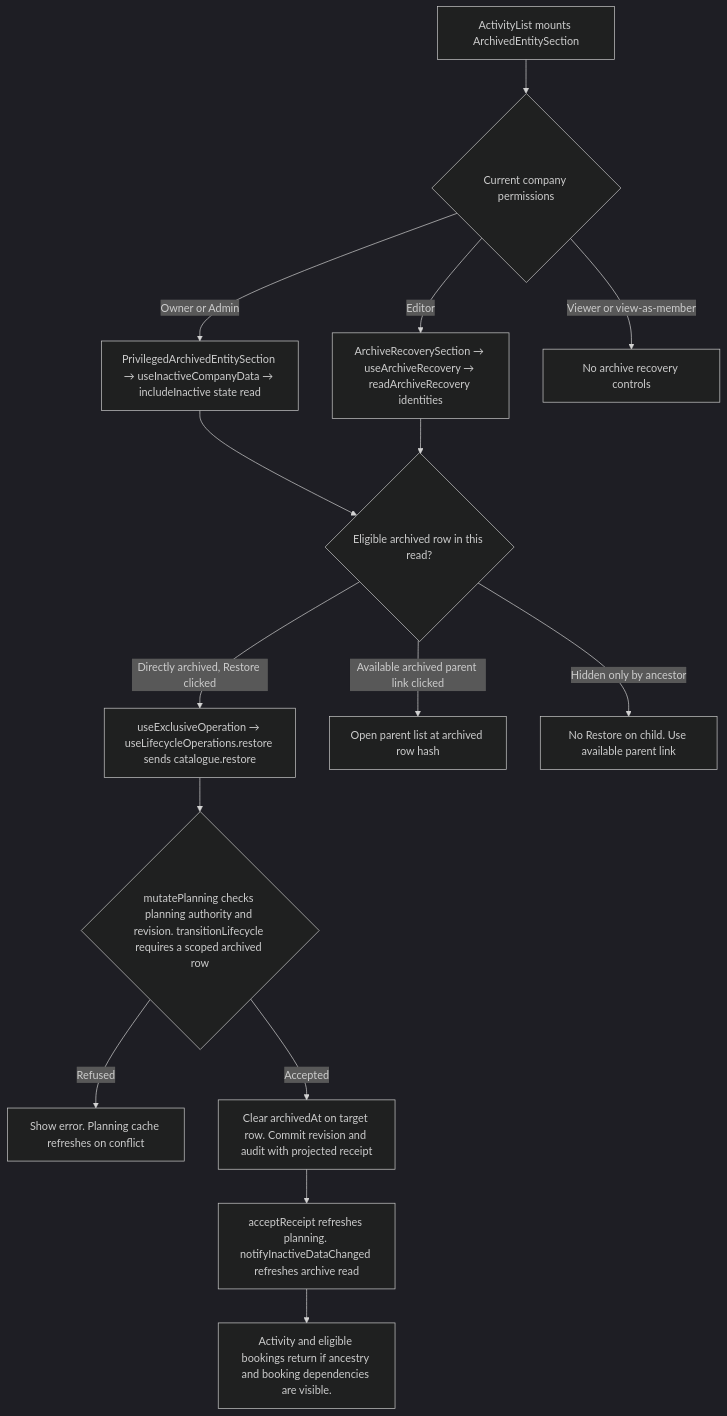
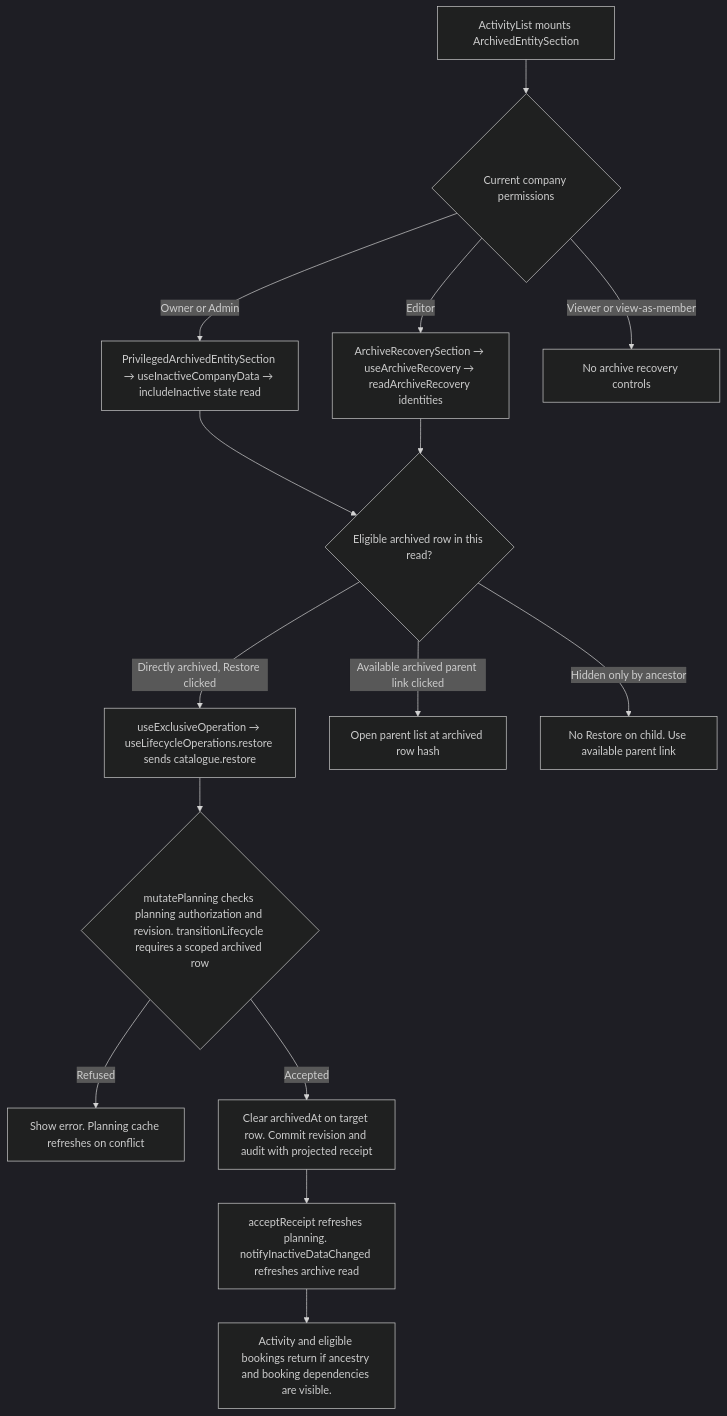
The second of 2 diagrams in user-stories/activities/US-ACT-05-restore-activity.md (Kevinjohn/capacitylens), drawn with Mermaid (dark theme) before and after one commit. The commit also changed 28 other files, not shown here.

````diff
--- a/user-stories/activities/US-ACT-05-restore-activity.md
+++ b/user-stories/activities/US-ACT-05-restore-activity.md
@@ -26,17 +26,17 @@
 ```mermaid
 flowchart TD
   ENTRY["ActivityList mounts ArchivedEntitySection"] --> ROLE{"Current company permissions"}
   ROLE -->|Owner or Admin| FULL["PrivilegedArchivedEntitySection → useInactiveCompanyData → includeInactive state read"]
   ROLE -->|Editor| REDACTED["ArchiveRecoverySection → useArchiveRecovery → readArchiveRecovery identities"]
   ROLE -->|Viewer or view-as-member| HIDDEN["No archive recovery controls"]
   FULL --> ROW{"Eligible archived row in this read?"}
   REDACTED --> ROW
   ROW -->|Directly archived, Restore clicked| SEND["useExclusiveOperation → useLifecycleOperations.restore sends catalogue.restore"]
   ROW -->|Available archived parent link clicked| PARENT["Open parent list at archived row hash"]
   ROW -->|Hidden only by ancestor| ANCESTOR["No Restore on child. Use available parent link"]
-  SEND --> SERVER{"mutatePlanning checks planning authority and revision. transitionLifecycle requires a scoped archived row"}
+  SEND --> SERVER{"mutatePlanning checks planning authorization and revision. transitionLifecycle requires a scoped archived row"}
   SERVER -->|Refused| ERROR["Show error. Planning cache refreshes on conflict"]
   SERVER -->|Accepted| WRITE["Clear archivedAt on target row. Commit revision and audit with projected receipt"]
   WRITE --> NEXT["acceptReceipt refreshes planning. notifyInactiveDataChanged refreshes archive read"]
   NEXT --> RESULT["Activity and eligible bookings return if ancestry and booking dependencies are visible."]
 ```
````
